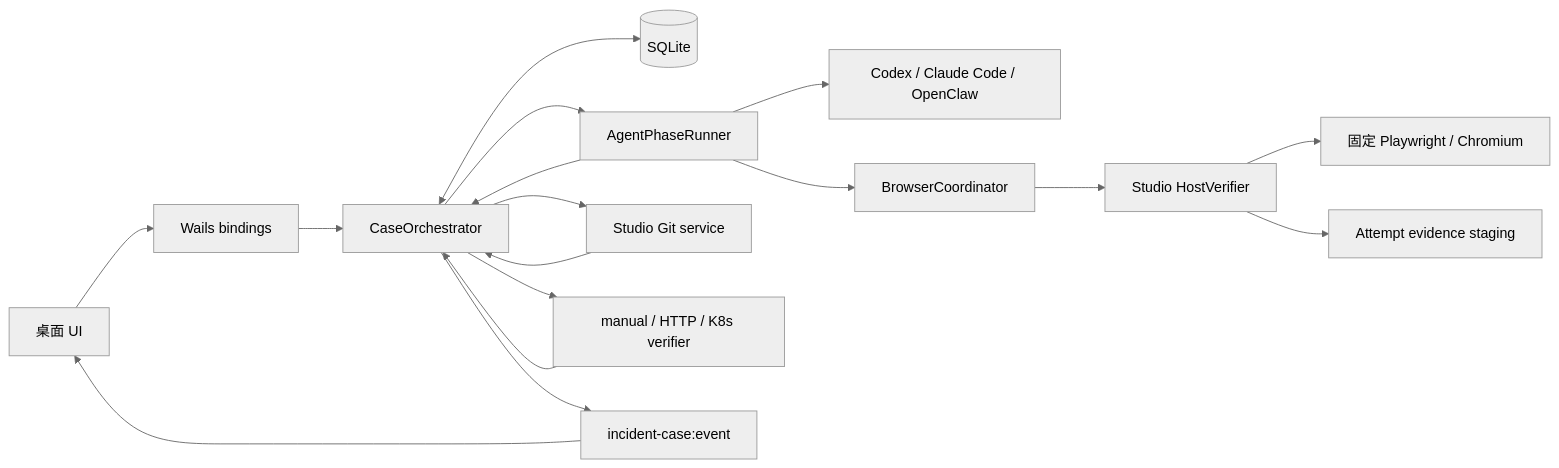
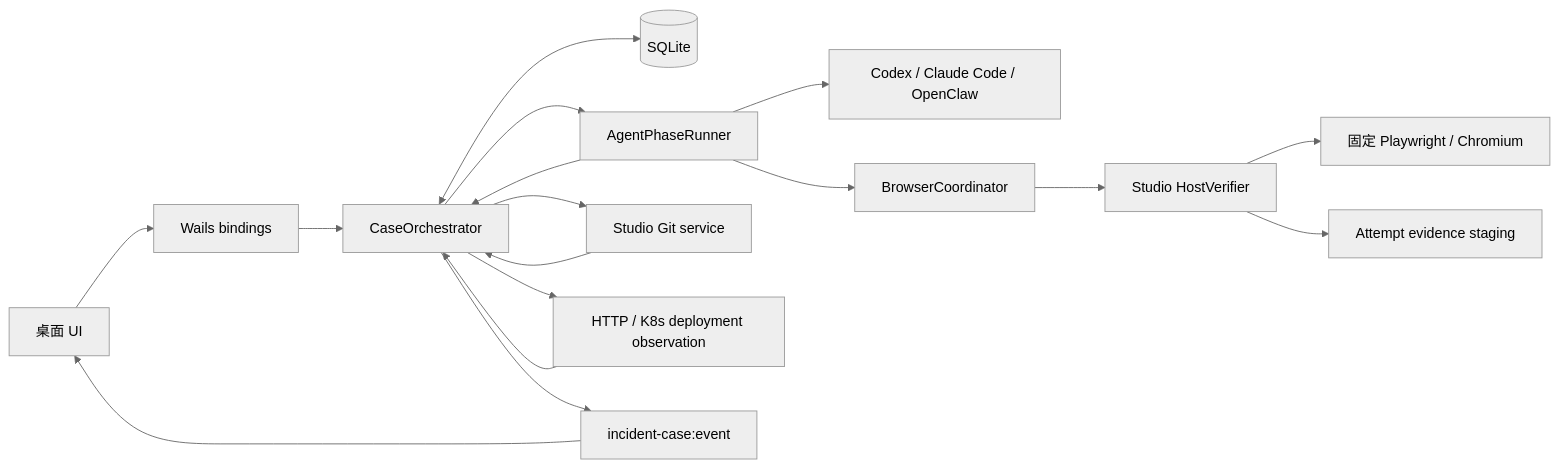
The first of 4 diagrams in docs/incident-workflow.md (452562082/troubleshooter-studio), drawn with Mermaid (neutral theme) before and after one commit. The commit also changed other lines of this file and 80 other files, not shown here.

````diff
--- a/docs/incident-workflow.md
+++ b/docs/incident-workflow.md
@@ -43,19 +43,19 @@
 ```mermaid
 flowchart LR
     UI[桌面 UI] --> Binding[Wails bindings]
     Binding --> Orchestrator[CaseOrchestrator]
     Orchestrator <--> DB[(SQLite)]
     Orchestrator --> Runner[AgentPhaseRunner]
     Runner --> Adapter[Codex / Claude Code / OpenClaw]
     Runner --> Browser[BrowserCoordinator]
     Browser --> HostVerifier[Studio HostVerifier]
     HostVerifier --> Runtime[固定 Playwright / Chromium]
     HostVerifier --> Staging[Attempt evidence staging]
     Orchestrator --> Git[Studio Git service]
-    Orchestrator --> Verifier[manual / HTTP / K8s verifier]
+    Orchestrator --> Verifier[HTTP / K8s deployment observation]
     Runner --> Orchestrator
     Git --> Orchestrator
     Verifier --> Orchestrator
     Orchestrator --> Events[incident-case:event]
     Events --> UI
 ```
````
